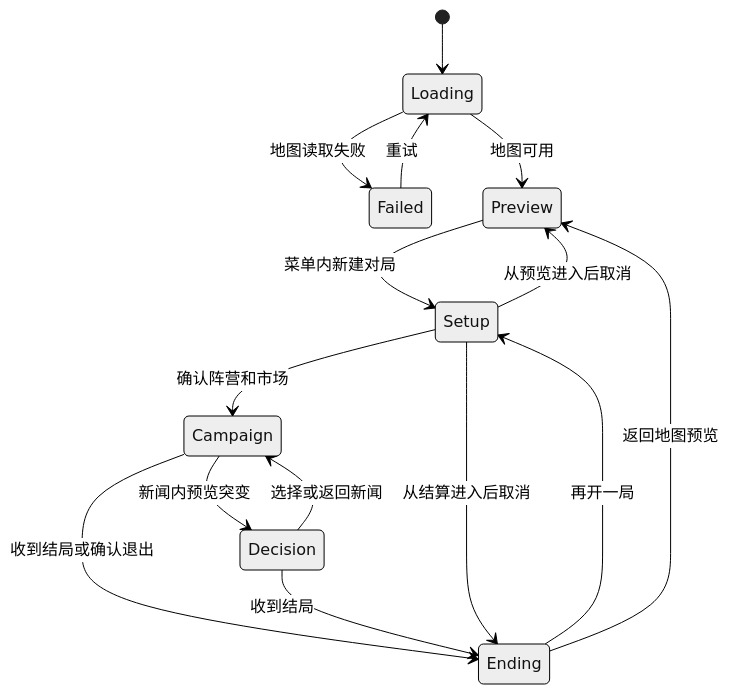
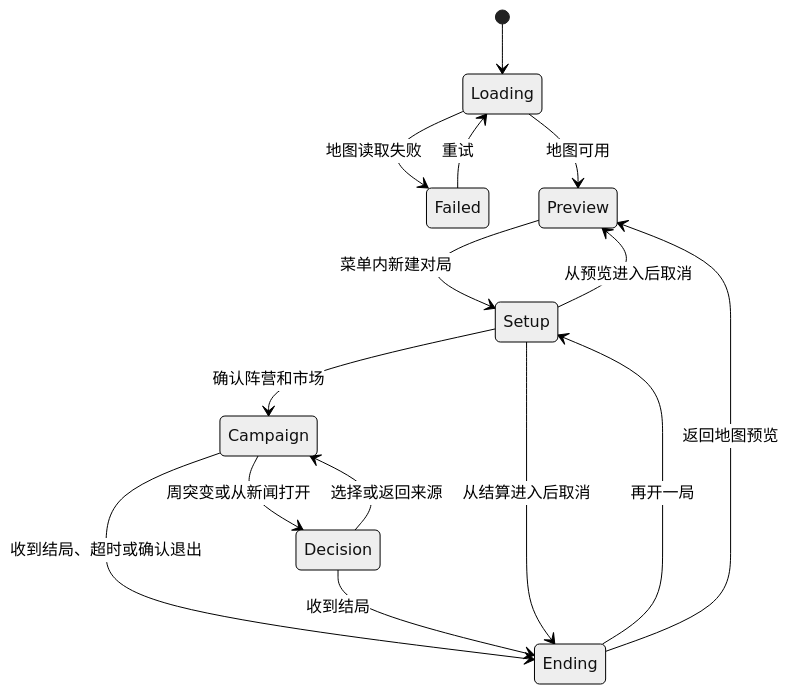
One commit to MixGeeker/si-inc changed the diagram in docs/game-architecture.md. Above: the diagram before and after it, drawn with Mermaid (neutral theme). The commit also changed other lines of this file and 24 other files, not shown here.

````diff
--- a/docs/game-architecture.md
+++ b/docs/game-architecture.md
@@ -58,17 +62,17 @@
 ```mermaid
 stateDiagram-v2
     [*] --> Loading
     Loading --> Failed: 地图读取失败
     Failed --> Loading: 重试
     Loading --> Preview: 地图可用
     Preview --> Setup: 菜单内新建对局
     Setup --> Preview: 从预览进入后取消
     Setup --> Campaign: 确认阵营和市场
-    Campaign --> Decision: 新闻内预览突变
-    Decision --> Campaign: 选择或返回新闻
-    Campaign --> Ending: 收到结局或确认退出
+    Campaign --> Decision: 周突变或从新闻打开
+    Decision --> Campaign: 选择或返回来源
+    Campaign --> Ending: 收到结局、超时或确认退出
     Decision --> Ending: 收到结局
     Ending --> Setup: 再开一局
     Setup --> Ending: 从结算进入后取消
     Ending --> Preview: 返回地图预览
 ```
````
